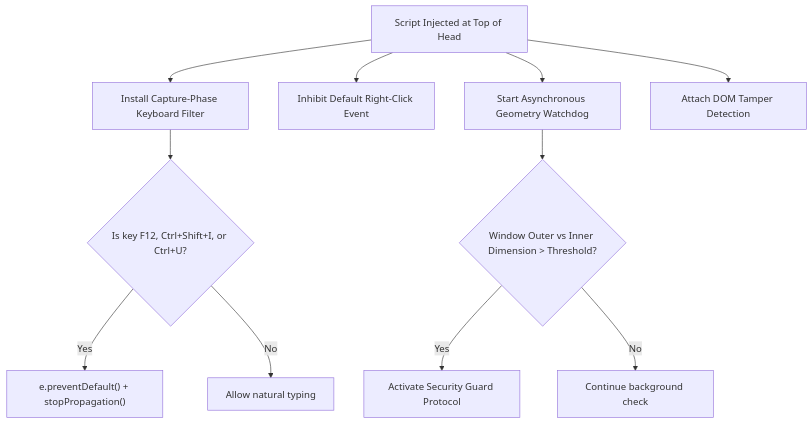
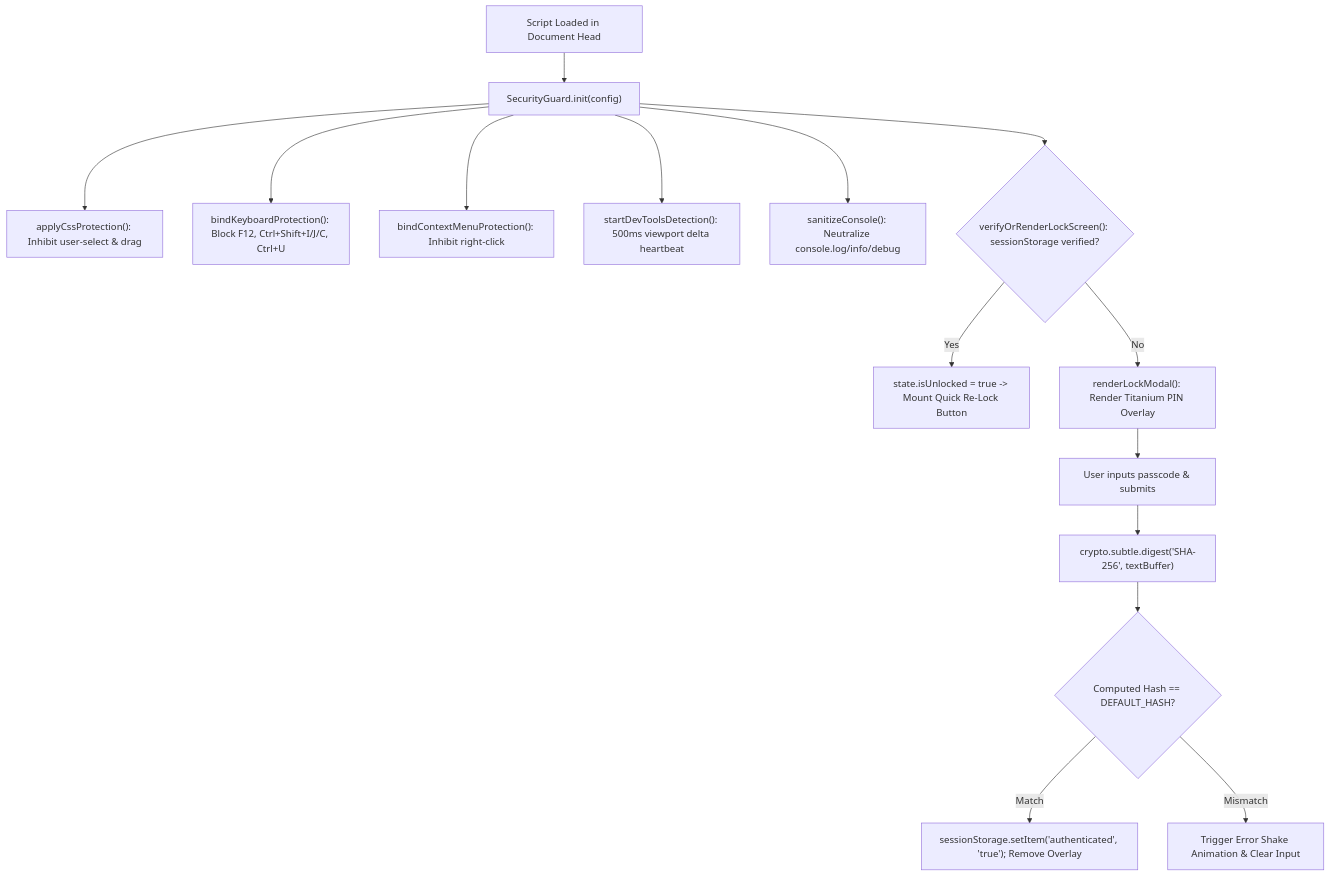
One commit to IAndrexI/documentation changed the diagram in docs/code/protutechdash/security-guard-js.md. Above: the diagram before and after it, drawn with Mermaid. The commit also changed other lines of this file and 40 other files, not shown here.

Commit message:
feat: hide git stars/branches, collapse subcategories until tab selected, add high-res architecture SVG, auto-update script, basic monochrome glyphs, and line-by-line recreation blueprints with summaries

````diff
--- a/docs/code/protutechdash/security-guard-js.md
+++ b/docs/code/protutechdash/security-guard-js.md
@@ -22,15 +31,19 @@
-```mermaid
-graph TD
-    ScriptLoad["Script Injected at Top of Head"] --> KeyboardHook["Install Capture-Phase Keyboard Filter"]
-    ScriptLoad --> ContextMenuHook["Inhibit Default Right-Click Event"]
-    ScriptLoad --> GeometryLoop["Start Asynchronous Geometry Watchdog"]
-    ScriptLoad --> MutationObserver["Attach DOM Tamper Detection"]
+    ```mermaid
+    graph TD
+        ScriptLoad["Script Loaded in Document Head"] --> InitGuard["SecurityGuard.init(config)"]
+        InitGuard --> InjectCSS["applyCssProtection(): Inhibit user-select & drag"]
+        InitGuard --> CaptureKeys["bindKeyboardProtection(): Block F12, Ctrl+Shift+I/J/C, Ctrl+U"]
+        InitGuard --> SuppressContext["bindContextMenuProtection(): Inhibit right-click"]
+        InitGuard --> WatchDevTools["startDevToolsDetection(): 500ms viewport delta heartbeat"]
+        InitGuard --> SanitizeLogs["sanitizeConsole(): Neutralize console.log/info/debug"]
 
-    KeyboardHook --> CheckKeys{"Is key F12, Ctrl+Shift+I, or Ctrl+U?"}
-    CheckKeys -->|Yes| Suppress["e.preventDefault() + stopPropagation()"]
-    CheckKeys -->|No| Allow["Allow natural typing"]
+        InitGuard --> AuthCheck{"verifyOrRenderLockScreen(): sessionStorage verified?"}
+        AuthCheck -->|Yes| RenderApp["state.isUnlocked = true -> Mount Quick Re-Lock Button"]
+        AuthCheck -->|No| MountLock["renderLockModal(): Render Titanium PIN Overlay"]
 
-    GeometryLoop --> CheckDelta{"Window Outer vs Inner Dimension > Threshold?"}
-    CheckDelta -->|Yes| TriggerGuard["Activate Security Guard Protocol"]
-    CheckDelta -->|No| ContinueLoop["Continue background check"]
-```
+        MountLock --> UserEntersPIN["User inputs passcode & submits"]
+        UserEntersPIN --> CryptoHash["crypto.subtle.digest('SHA-256', textBuffer)"]
+        CryptoHash --> CompareHash{"Computed Hash == DEFAULT_HASH?"}
+        CompareHash -->|Match| Unlock["sessionStorage.setItem('authenticated', 'true'); Remove Overlay"]
+        CompareHash -->|Mismatch| Reject["Trigger Error Shake Animation & Clear Input"]
+    ```
````
